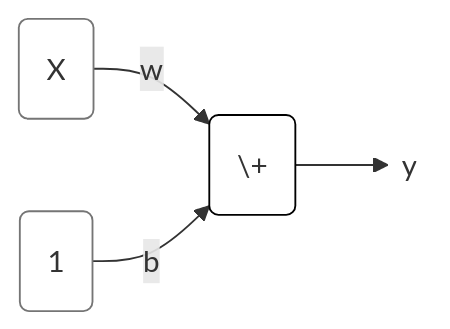
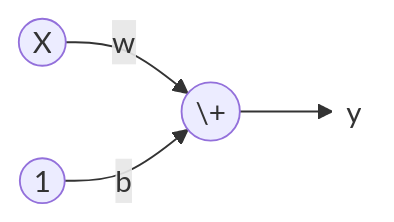
The first of 2 diagrams in neuralNetworks.md (BusyGrape/DataAnalysis), drawn with Mermaid before and after one commit. The commit also changed other lines of this file, not shown here.

````diff
--- a/neuralNetworks.md
+++ b/neuralNetworks.md
@@ -12,15 +12,7 @@
 ```mermaid
 flowchart LR
-    A("X") -- w --> B("\+")
+    A(("X")) -- w --> B(("\+"))
     B --> C["y"]
-    D("1") -- b --> B
+    D(("1")) -- b --> B
     C@{ shape: text}
-
-    style A stroke:#757575
-    style A fill:transparent
-    style B stroke:#000000
-    style B fill:transparent
-    style D stroke:#757575
-    style D fill:transparent
-
 ```
````
